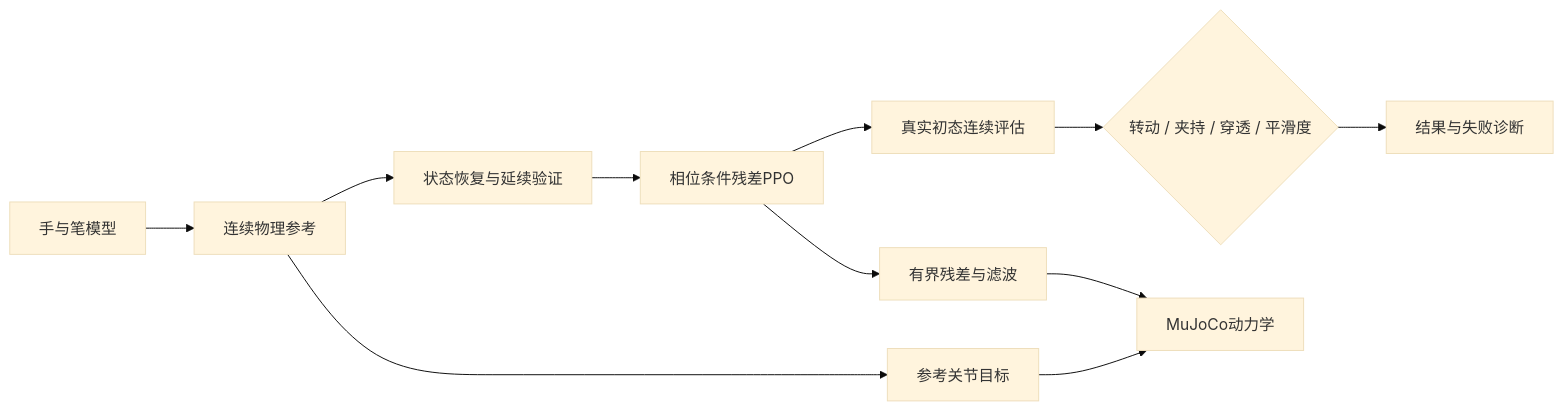
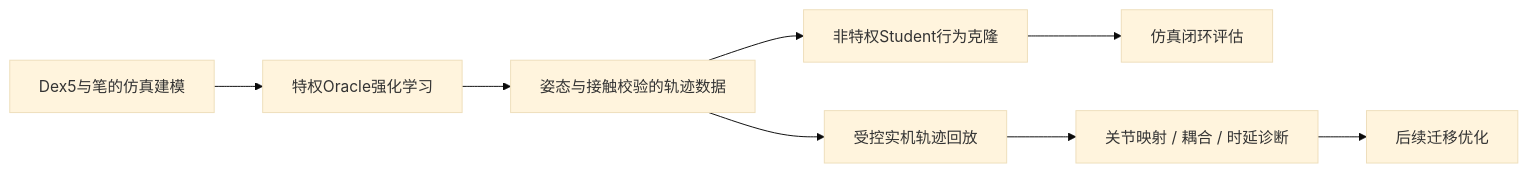
The diagram in README.md (yued2013-hash/dex5_penspin), drawn with Mermaid (base theme) before and after one commit. The commit also changed other lines of this file and 4 other files, not shown here.

````diff
--- a/README.md
+++ b/README.md
@@ -44,13 +37,10 @@
 ```mermaid
 flowchart LR
-  A[手与笔模型] --> B[连续物理参考]
-  B --> C[状态恢复与延续验证]
-  C --> D[相位条件残差PPO]
-  D --> E[真实初态连续评估]
-  E --> F{转动 / 夹持 / 穿透 / 平滑度}
-  F --> G[结果与失败诊断]
-  B --> H[参考关节目标]
-  D --> I[有界残差与滤波]
-  H --> J[MuJoCo动力学]
-  I --> J
+  A[Dex5与笔的仿真建模] --> B[特权Oracle强化学习]
+  B --> C[姿态与接触校验的轨迹数据]
+  C --> D[非特权Student行为克隆]
+  D --> E[仿真闭环评估]
+  C --> F[受控实机轨迹回放]
+  F --> G[关节映射 / 耦合 / 时延诊断]
+  G --> H[后续迁移优化]
 ```
````
